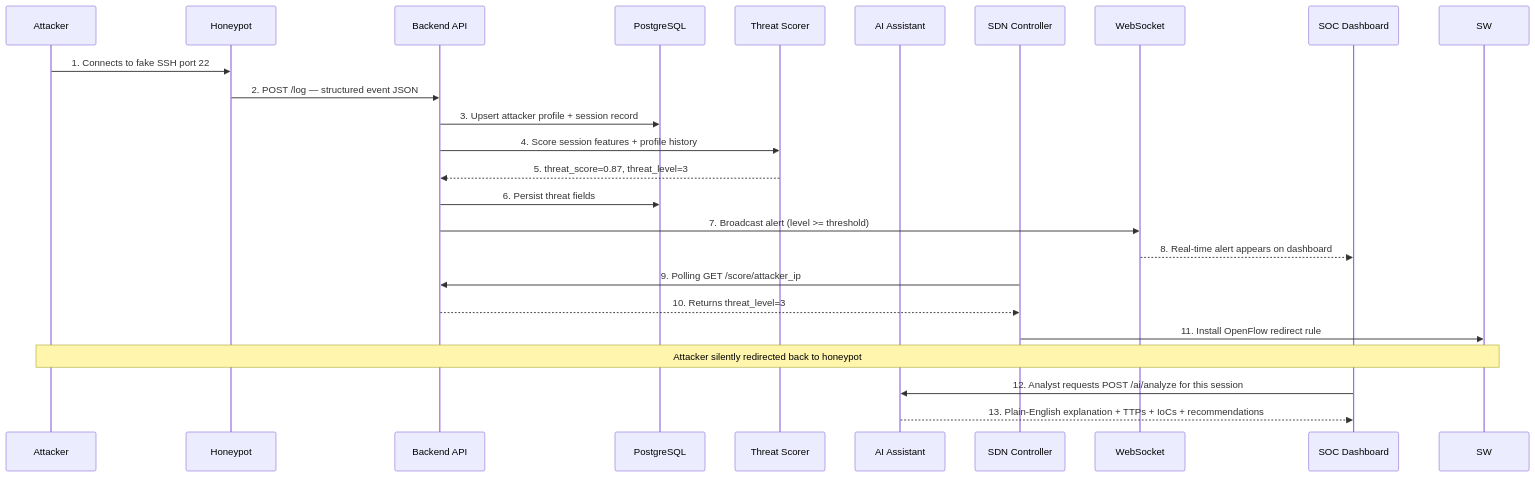
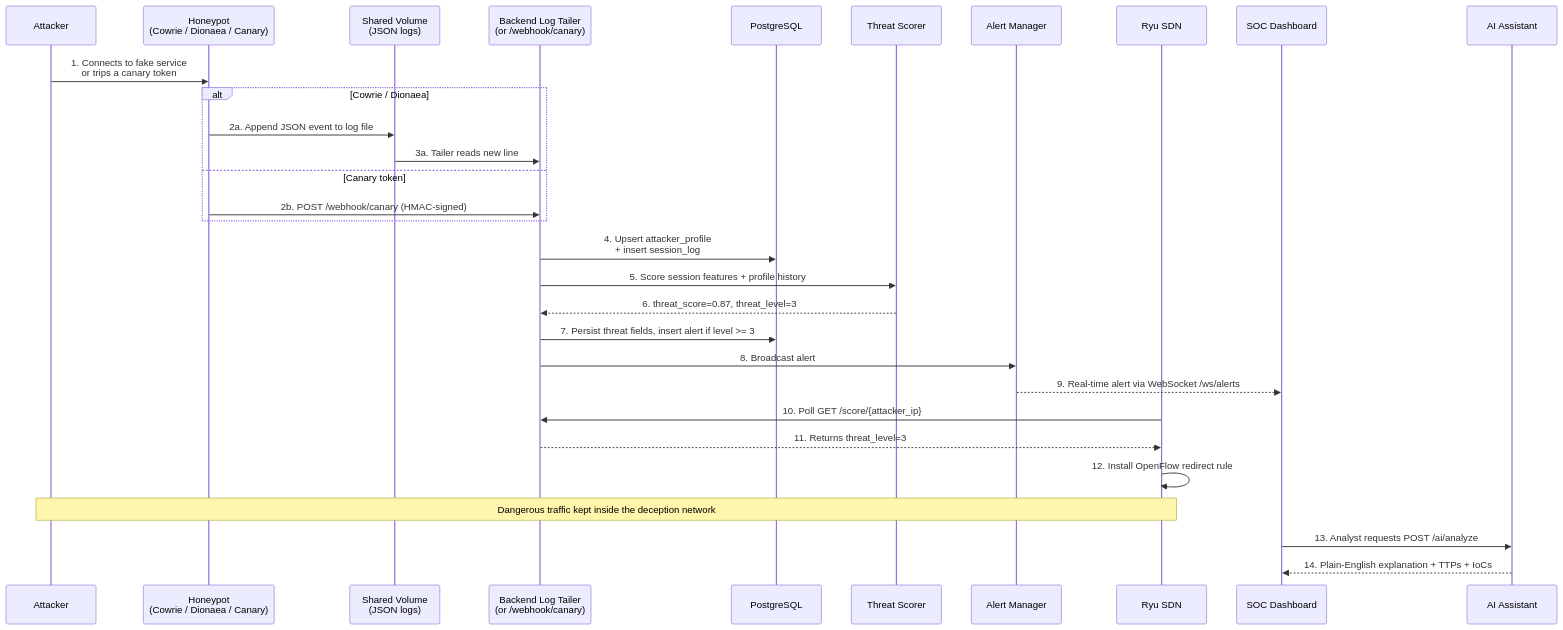
The second of 2 diagrams in docs-site/docs/master-guide.md (Janaashraf992/EvilTwin), drawn with Mermaid before and after one commit. The commit also changed other lines of this file and 48 other files, not shown here.

````diff
--- a/docs-site/docs/master-guide.md
+++ b/docs-site/docs/master-guide.md
@@ -77,27 +87,33 @@
 ```mermaid
 sequenceDiagram
     participant A as Attacker
-    participant H as Honeypot
-    participant B as Backend API
+    participant H as Honeypot<br/>(Cowrie / Dionaea / Canary)
+    participant V as Shared Volume<br/>(JSON logs)
+    participant T as Backend Log Tailer<br/>(or /webhook/canary)
     participant DB as PostgreSQL
     participant ML as Threat Scorer
+    participant AM as Alert Manager
+    participant SDN as Ryu SDN
+    participant UI as SOC Dashboard
     participant LLM as AI Assistant
-    participant SDN as SDN Controller
-    participant WS as WebSocket
-    participant UI as SOC Dashboard
 
-    A->>H: 1. Connects to fake SSH port 22
-    H->>B: 2. POST /log — structured event JSON
-    B->>DB: 3. Upsert attacker profile + session record
-    B->>ML: 4. Score session features + profile history
-    ML-->>B: 5. threat_score=0.87, threat_level=3
-    B->>DB: 6. Persist threat fields
-    B->>WS: 7. Broadcast alert (level >= threshold)
-    WS-->>UI: 8. Real-time alert appears on dashboard
-    SDN->>B: 9. Polling GET /score/attacker_ip
-    B-->>SDN: 10. Returns threat_level=3
-    SDN->>SW: 11. Install OpenFlow redirect rule
-    Note over A,SW: Attacker silently redirected back to honeypot
-    UI->>LLM: 12. Analyst requests POST /ai/analyze for this session
-    LLM-->>UI: 13. Plain-English explanation + TTPs + IoCs + recommendations
+    A->>H: 1. Connects to fake service<br/>or trips a canary token
+    alt Cowrie / Dionaea
+        H->>V: 2a. Append JSON event to log file
+        V->>T: 3a. Tailer reads new line
+    else Canary token
+        H->>T: 2b. POST /webhook/canary (HMAC-signed)
+    end
+    T->>DB: 4. Upsert attacker_profile<br/>+ insert session_log
+    T->>ML: 5. Score session features + profile history
+    ML-->>T: 6. threat_score=0.87, threat_level=3
+    T->>DB: 7. Persist threat fields, insert alert if level >= 3
+    T->>AM: 8. Broadcast alert
+    AM-->>UI: 9. Real-time alert via WebSocket /ws/alerts
+    SDN->>T: 10. Poll GET /score/{attacker_ip}
+    T-->>SDN: 11. Returns threat_level=3
+    SDN->>SDN: 12. Install OpenFlow redirect rule
+    Note over A,SDN: Dangerous traffic kept inside the deception network
+    UI->>LLM: 13. Analyst requests POST /ai/analyze
+    LLM-->>UI: 14. Plain-English explanation + TTPs + IoCs
 ```
````
